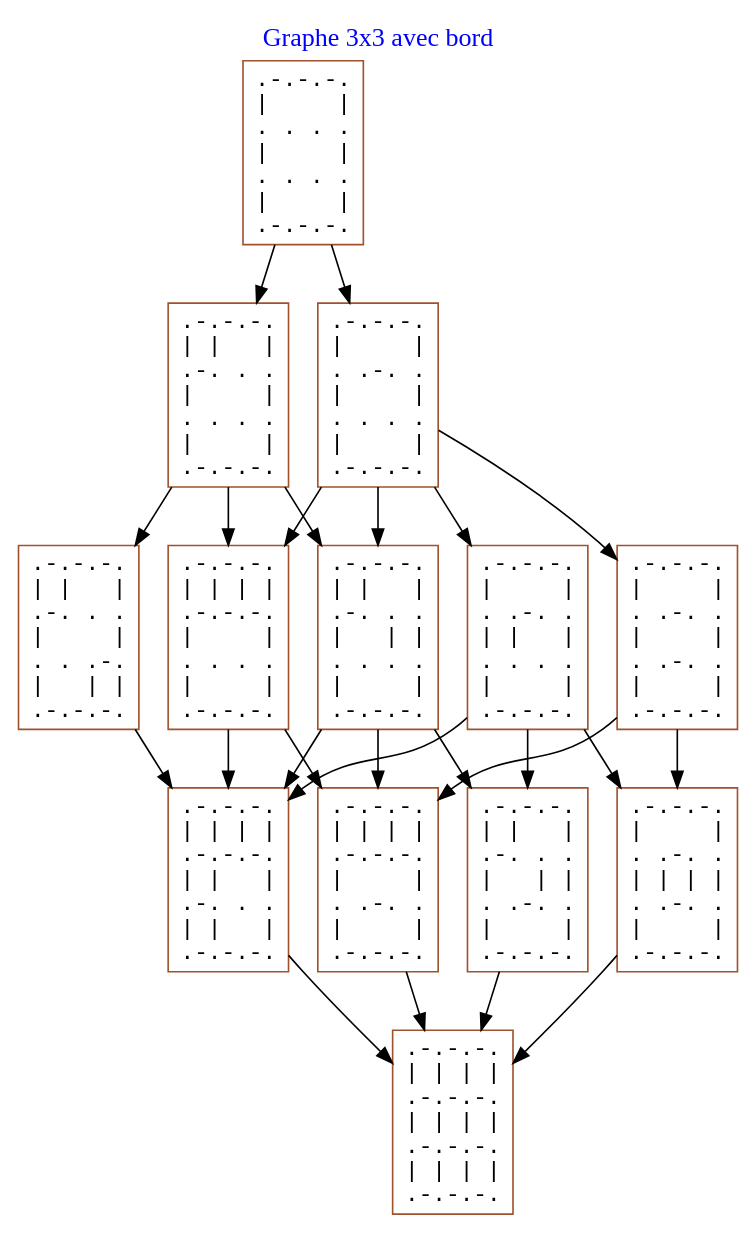
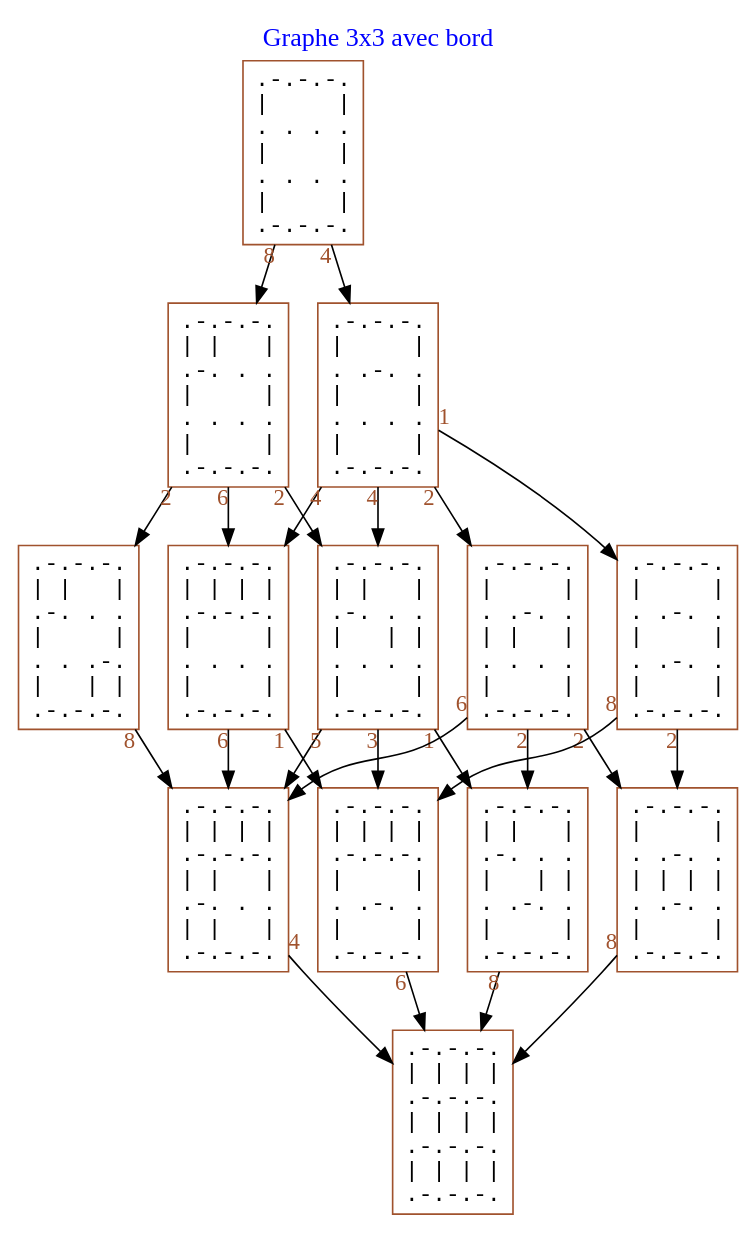
The diagram in autre/Graphe/Graphe_3x3_avec_bord.dot (Lumenol/Projet_Info), drawn with Graphviz before and after one commit. The commit also changed 4 other files, not shown here.

```diff
--- a/autre/Graphe/Graphe_3x3_avec_bord.dot
+++ b/autre/Graphe/Graphe_3x3_avec_bord.dot
@@ -1,57 +1,57 @@
 digraph default{graph[labelloc="t" fontsize=16 fontcolor="blue"
 label="Graphe 3x3 avec bord"]
 
 node [shape=box fontname = "Courier New" color="sienna"]
 edge [fontname = "Times" fontcolor="sienna"]
 
 0 [label=".-.-.-.\n|     |\n. . . .\n|     |\n. . . .\n|     |\n.-.-.-.\n"]
-0 -> 65
-0 -> 2
+0 -> 65 [taillabel="4"]
+0 -> 2 [taillabel="8"]
 
 2 [label=".-.-.-.\n| |   |\n.-. . .\n|     |\n. . . .\n|     |\n.-.-.-.\n"]
-2 -> 51
-2 -> 29
-2 -> 4
+2 -> 51 [taillabel="2"]
+2 -> 29 [taillabel="2"]
+2 -> 4 [taillabel="6"]
 
 4 [label=".-.-.-.\n| | | |\n.-.-.-.\n|     |\n. . . .\n|     |\n.-.-.-.\n"]
-4 -> 15
-4 -> 6
+4 -> 15 [taillabel="1"]
+4 -> 6 [taillabel="6"]
 
 6 [label=".-.-.-.\n| | | |\n.-.-.-.\n| |   |\n.-. . .\n| |   |\n.-.-.-.\n"]
-6 -> 8
+6 -> 8 [taillabel="4"]
 
 8 [label=".-.-.-.\n| | | |\n.-.-.-.\n| | | |\n.-.-.-.\n| | | |\n.-.-.-.\n"]
 
 15 [label=".-.-.-.\n| | | |\n.-.-.-.\n|     |\n. .-. .\n|     |\n.-.-.-.\n"]
-15 -> 8
+15 -> 8 [taillabel="6"]
 
 29 [label=".-.-.-.\n| |   |\n.-. . .\n|   | |\n. . . .\n|     |\n.-.-.-.\n"]
-29 -> 15
-29 -> 36
-29 -> 6
+29 -> 15 [taillabel="3"]
+29 -> 36 [taillabel="1"]
+29 -> 6 [taillabel="5"]
 
 36 [label=".-.-.-.\n| |   |\n.-. . .\n|   | |\n. .-. .\n|     |\n.-.-.-.\n"]
-36 -> 8
+36 -> 8 [taillabel="8"]
 
 51 [label=".-.-.-.\n| |   |\n.-. . .\n|     |\n. . .-.\n|   | |\n.-.-.-.\n"]
-51 -> 6
+51 -> 6 [taillabel="8"]
 
 65 [label=".-.-.-.\n|     |\n. .-. .\n|     |\n. . . .\n|     |\n.-.-.-.\n"]
-65 -> 71
-65 -> 94
-65 -> 29
-65 -> 4
+65 -> 71 [taillabel="2"]
+65 -> 94 [taillabel="1"]
+65 -> 29 [taillabel="4"]
+65 -> 4 [taillabel="4"]
 
 71 [label=".-.-.-.\n|     |\n. .-. .\n| |   |\n. . . .\n|     |\n.-.-.-.\n"]
-71 -> 36
-71 -> 6
-71 -> 77
+71 -> 36 [taillabel="2"]
+71 -> 6 [taillabel="6"]
+71 -> 77 [taillabel="2"]
 
 77 [label=".-.-.-.\n|     |\n. .-. .\n| | | |\n. .-. .\n|     |\n.-.-.-.\n"]
-77 -> 8
+77 -> 8 [taillabel="8"]
 
 94 [label=".-.-.-.\n|     |\n. .-. .\n|     |\n. .-. .\n|     |\n.-.-.-.\n"]
-94 -> 15
-94 -> 77
+94 -> 15 [taillabel="8"]
+94 -> 77 [taillabel="2"]
 
 }
```
